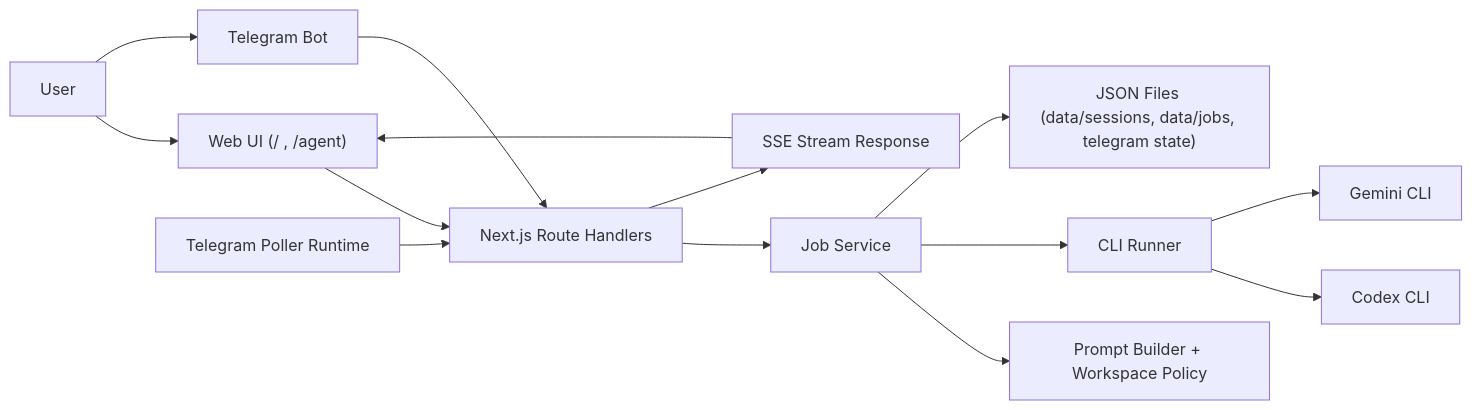
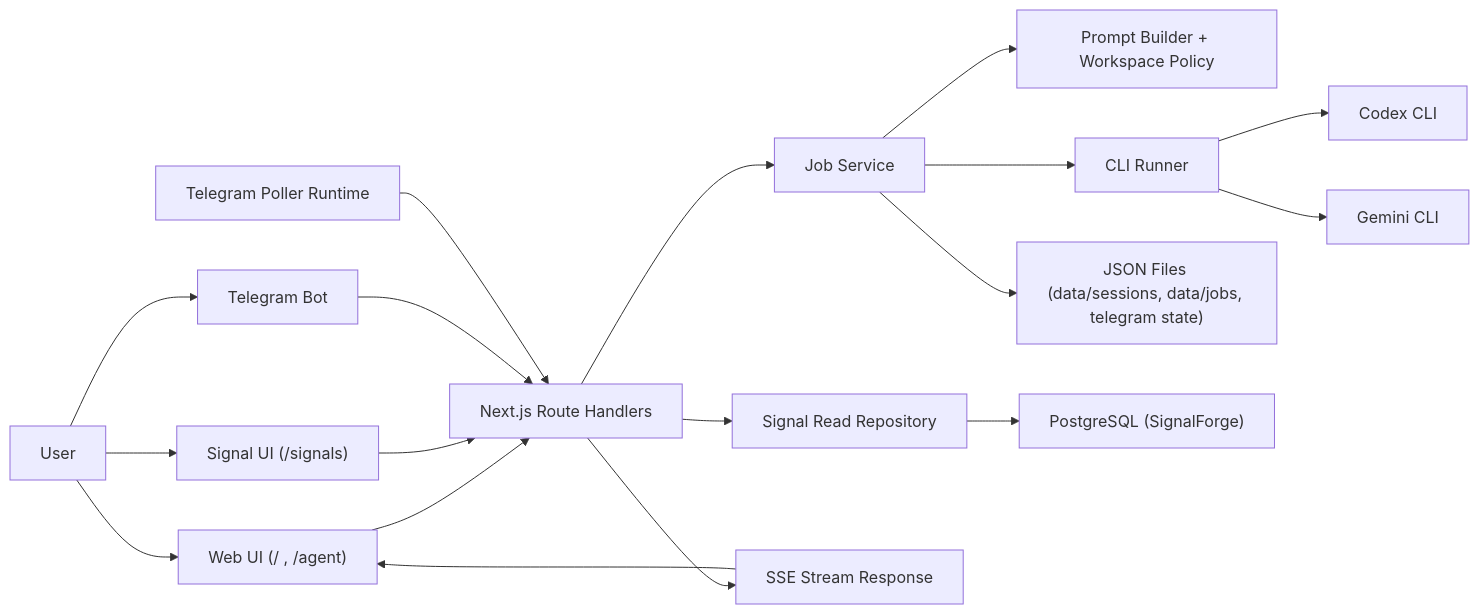
The first of 3 diagrams in docs/ARCHITECTURE.md (sphacker83/codexia), drawn with Mermaid before and after one commit. The commit also changed other lines of this file and 18 other files, not shown here.

````diff
--- a/docs/ARCHITECTURE.md
+++ b/docs/ARCHITECTURE.md
@@ -16,16 +16,20 @@
 ```mermaid
 flowchart LR
     User["User"] --> Web["Web UI (/ , /agent)"]
+    User --> Signals["Signal UI (/signals)"]
     User --> Tg["Telegram Bot"]
     Web --> Api["Next.js Route Handlers"]
+    Signals --> Api
     Tg --> Api
     Poller["Telegram Poller Runtime"] --> Api
     Api --> Job["Job Service"]
     Job --> Prompt["Prompt Builder + Workspace Policy"]
     Job --> Runner["CLI Runner"]
     Runner --> Codex["Codex CLI"]
     Runner --> Gemini["Gemini CLI"]
     Job --> Store["JSON Files (data/sessions, data/jobs, telegram state)"]
+    Api --> SignalRepo["Signal Read Repository"]
+    SignalRepo --> Pg["PostgreSQL (SignalForge)"]
     Api --> SSE["SSE Stream Response"]
     SSE --> Web
 ```
````
